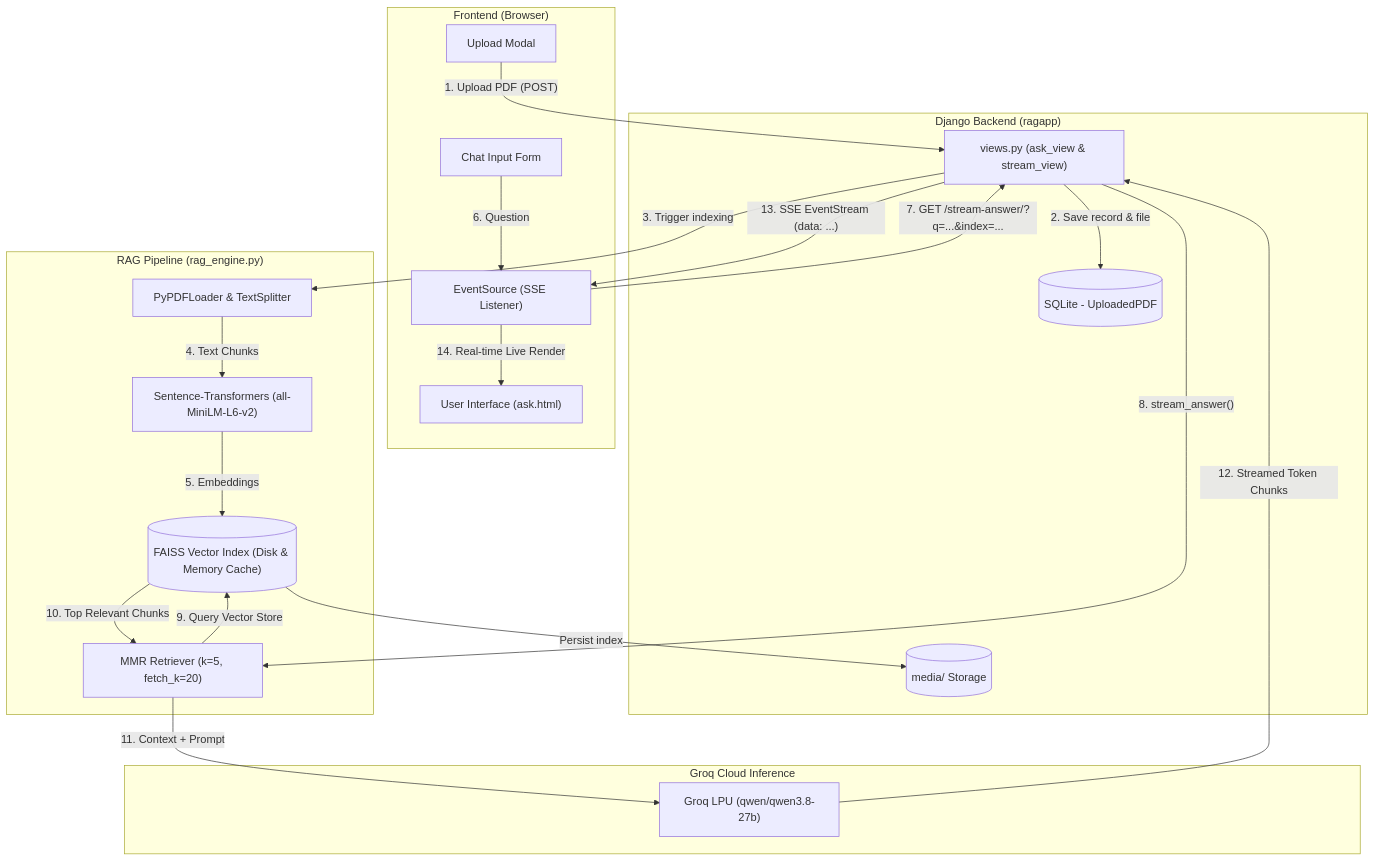
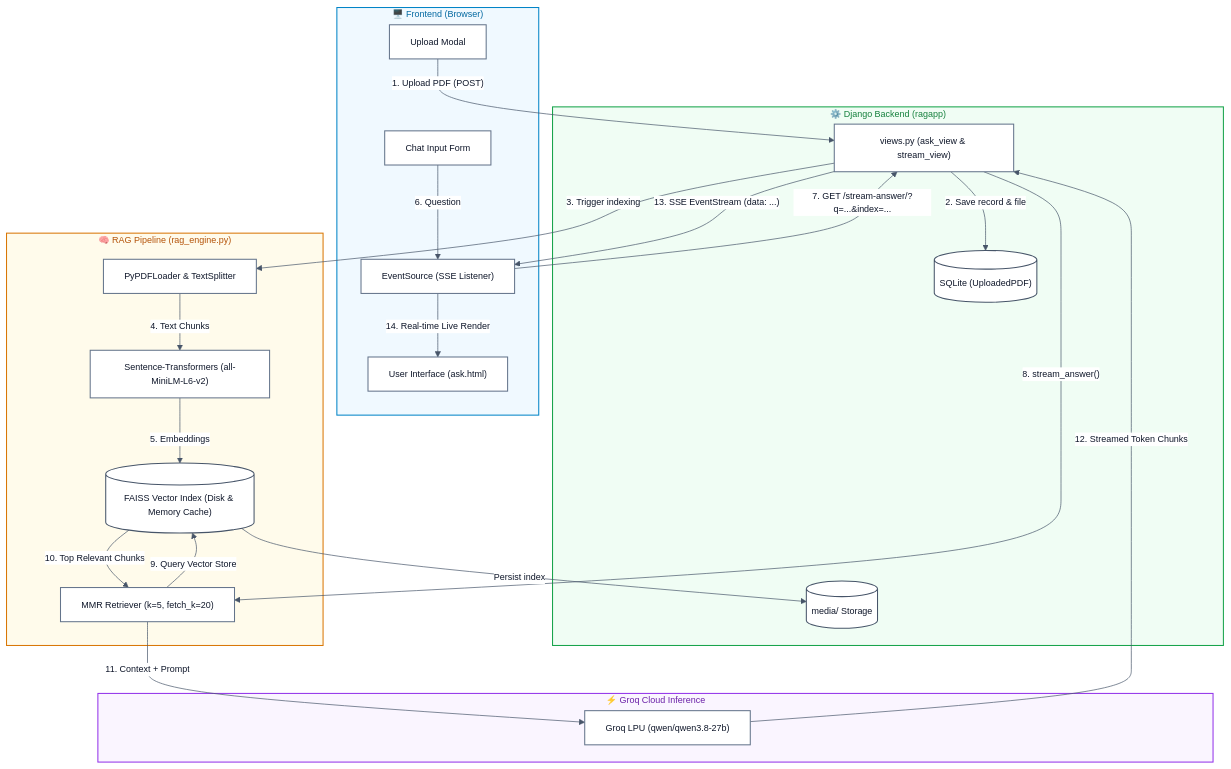
The diagram in README.md (1811kushald/Local_RAG_PDF_Q-A_System), drawn with Mermaid before and after one commit. The commit also changed other lines of this file and 6 other files, not shown here.

````diff
--- a/README.md
+++ b/README.md
@@ -11,45 +11,71 @@
 ```mermaid
+%%{init: {
+  'theme': 'base',
+  'themeVariables': {
+    'primaryColor': '#ffffff',
+    'primaryTextColor': '#0f172a',
+    'primaryBorderColor': '#94a3b8',
+    'lineColor': '#475569',
+    'textColor': '#0f172a',
+    'fontSize': '13px',
+    'edgeLabelBackground':'#ffffff',
+    'tertiaryColor': '#f8fafc'
+  }
+}}%%
 flowchart TD
-    subgraph Client ["Frontend (Browser)"]
+    subgraph Client ["🖥️ Frontend (Browser)"]
         UI["User Interface (ask.html)"]
         UploadModal["Upload Modal"]
         ChatInput["Chat Input Form"]
         SSEClient["EventSource (SSE Listener)"]
     end
 
-    subgraph DjangoApp ["Django Backend (ragapp)"]
+    subgraph DjangoApp ["⚙️ Django Backend (ragapp)"]
         Views["views.py (ask_view & stream_view)"]
-        DB[(SQLite - UploadedPDF)]
+        DB[("SQLite (UploadedPDF)")]
         MediaDir[("media/ Storage")]
     end
 
-    subgraph RAGCore ["RAG Pipeline (rag_engine.py)"]
+    subgraph RAGCore ["🧠 RAG Pipeline (rag_engine.py)"]
         PDFLoader["PyPDFLoader & TextSplitter"]
         Embedder["Sentence-Transformers (all-MiniLM-L6-v2)"]
         FAISSIndex[("FAISS Vector Index (Disk & Memory Cache)")]
         MMR["MMR Retriever (k=5, fetch_k=20)"]
     end
 
-    subgraph GroqCloud ["Groq Cloud Inference"]
+    subgraph GroqCloud ["⚡ Groq Cloud Inference"]
         GroqLLM["Groq LPU (qwen/qwen3.8-27b)"]
     end
 
     %% Document Ingestion Flow
     UploadModal -->|"1. Upload PDF (POST)"| Views
     Views -->|"2. Save record & file"| DB
     Views -->|"3. Trigger indexing"| PDFLoader
     PDFLoader -->|"4. Text Chunks"| Embedder
     Embedder -->|"5. Embeddings"| FAISSIndex
     FAISSIndex -->|"Persist index"| MediaDir
 
     %% Query & Streaming Flow
     ChatInput -->|"6. Question"| SSEClient
     SSEClient -->|"7. GET /stream-answer/?q=...&index=..."| Views
     Views -->|"8. stream_answer()"| MMR
     MMR -->|"9. Query Vector Store"| FAISSIndex
     FAISSIndex -->|"10. Top Relevant Chunks"| MMR
     MMR -->|"11. Context + Prompt"| GroqLLM
     GroqLLM -->|"12. Streamed Token Chunks"| Views
     Views -->|"13. SSE EventStream (data: ...)"| SSEClient
     SSEClient -->|"14. Real-time Live Render"| UI
+
+    %% Style Subgraphs (Light Theme Palette)
+    style Client fill:#F0F9FF,stroke:#0284C7,stroke-width:1.5px,color:#0369A1
+    style DjangoApp fill:#F0FDF4,stroke:#16A34A,stroke-width:1.5px,color:#15803D
+    style RAGCore fill:#FFFBEB,stroke:#D97706,stroke-width:1.5px,color:#B45309
+    style GroqCloud fill:#FAF5FF,stroke:#9333EA,stroke-width:1.5px,color:#6B21A8
+
+    %% Style Nodes (White Cards with Dark Text)
+    classDef lightNode fill:#FFFFFF,stroke:#64748B,stroke-width:1.5px,color:#0F172A;
+    classDef lightDb fill:#FFFFFF,stroke:#475569,stroke-width:1.5px,color:#0F172A;
+
+    class UI,UploadModal,ChatInput,SSEClient,Views,PDFLoader,Embedder,MMR,GroqLLM lightNode;
+    class DB,MediaDir,FAISSIndex lightDb;
 ```
````
